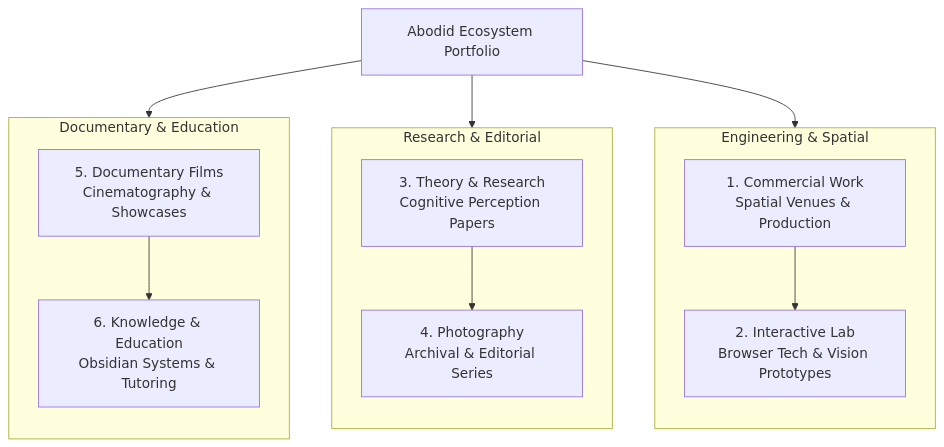
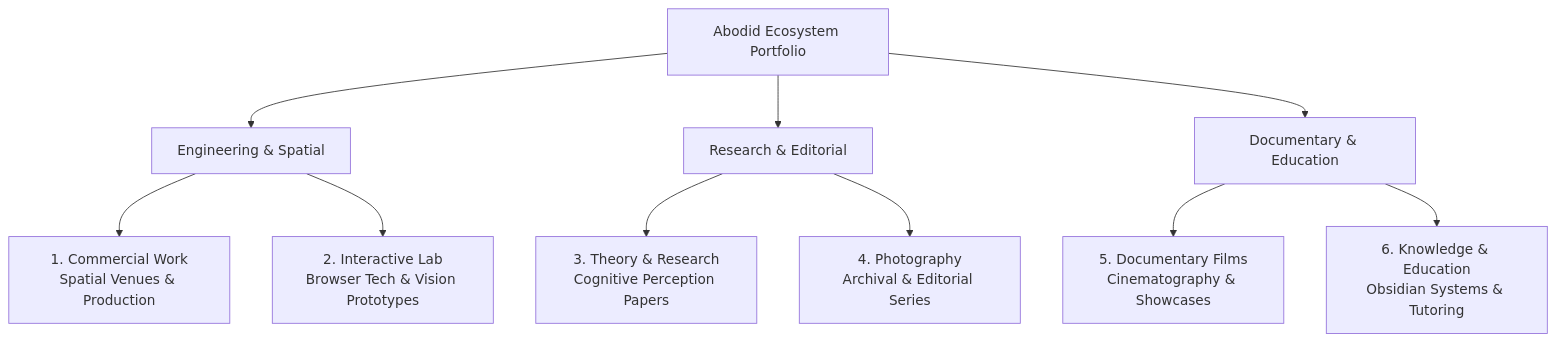
One commit to abodidsahoo/abodid-website changed the diagram in docs/system-manual/abodid-system-manual/04-projects-research/04.00-project-taxonomy-and-structure.md. Above: the diagram before and after it, drawn with Mermaid. The commit also changed 5 other files, not shown here.

````diff
--- a/docs/system-manual/abodid-system-manual/04-projects-research/04.00-project-taxonomy-and-structure.md
+++ b/docs/system-manual/abodid-system-manual/04-projects-research/04.00-project-taxonomy-and-structure.md
@@ -12,29 +12,30 @@
 ```mermaid
 flowchart TD
     Output["Abodid Ecosystem Portfolio"]
 
-    subgraph Production["Engineering & Spatial"]
-        direction TB
-        Work["1. Commercial Work<br/>Spatial Venues & Production"]
-        Lab["2. Interactive Lab<br/>Browser Tech & Vision Prototypes"]
-        Work --> Lab
-    end
+    P1["Engineering & Spatial"]
+    P2["Research & Editorial"]
+    P3["Documentary & Education"]
 
-    subgraph Theory["Research & Editorial"]
-        direction TB
-        Research["3. Theory & Research<br/>Cognitive Perception Papers"]
-        Photography["4. Photography<br/>Archival & Editorial Series"]
-        Research --> Photography
-    end
+    Work["1. Commercial Work<br/>Spatial Venues & Production"]
+    Lab["2. Interactive Lab<br/>Browser Tech & Vision Prototypes"]
 
-    subgraph Media["Documentary & Education"]
-        direction TB
-        Films["5. Documentary Films<br/>Cinematography & Showcases"]
-        Education["6. Knowledge & Education<br/>Obsidian Systems & Tutoring"]
-        Films --> Education
-    end
+    Research["3. Theory & Research<br/>Cognitive Perception Papers"]
+    Photography["4. Photography<br/>Archival & Editorial Series"]
 
-    Output --> Work
-    Output --> Research
-    Output --> Films
+    Films["5. Documentary Films<br/>Cinematography & Showcases"]
+    Education["6. Knowledge & Education<br/>Obsidian Systems & Tutoring"]
+
+    Output --> P1
+    Output --> P2
+    Output --> P3
+
+    P1 --> Work
+    P1 --> Lab
+
+    P2 --> Research
+    P2 --> Photography
+
+    P3 --> Films
+    P3 --> Education
 ```
````
